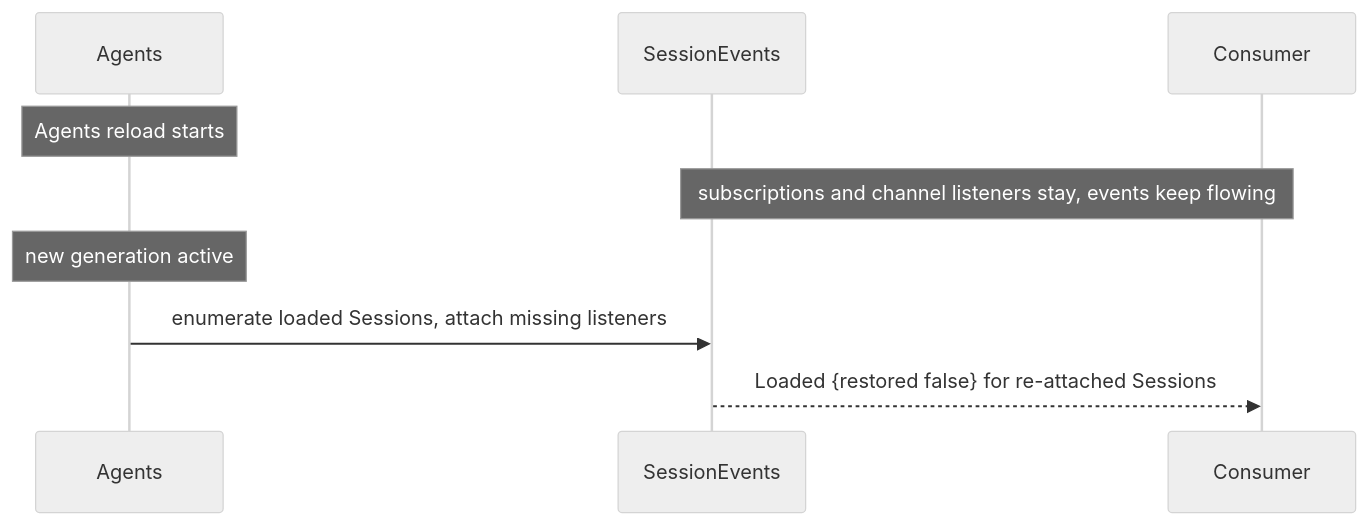
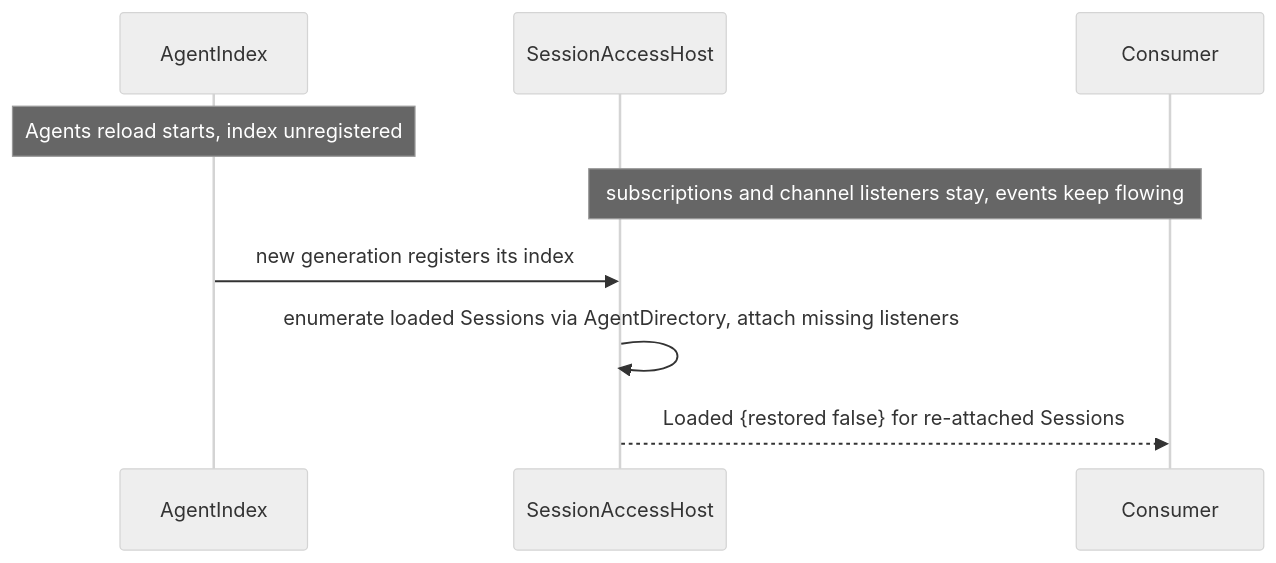
The fifth of 5 diagrams in docs/design/contracts/session-broadcast-subscription.md (CoutinhoTTS/dim-agent), drawn with Mermaid (neutral theme) before and after one commit. The commit also changed other lines of this file and 4 other files, not shown here.

````diff
--- a/docs/design/contracts/session-broadcast-subscription.md
+++ b/docs/design/contracts/session-broadcast-subscription.md
@@ -116,11 +119,11 @@
 ```mermaid
 sequenceDiagram
-  participant A as Agents
-  participant SE as SessionEvents
+  participant A as AgentIndex
+  participant SE as SessionAccessHost
   participant C as Consumer
-  Note over A: Agents reload starts
+  Note over A: Agents reload starts, index unregistered
   Note over SE,C: subscriptions and channel listeners stay, events keep flowing
-  Note over A: new generation active
-  A->>SE: enumerate loaded Sessions, attach missing listeners
+  A->>SE: new generation registers its index
+  SE->>SE: enumerate loaded Sessions via AgentDirectory, attach missing listeners
   SE-->>C: Loaded {restored false} for re-attached Sessions
 ```
````
